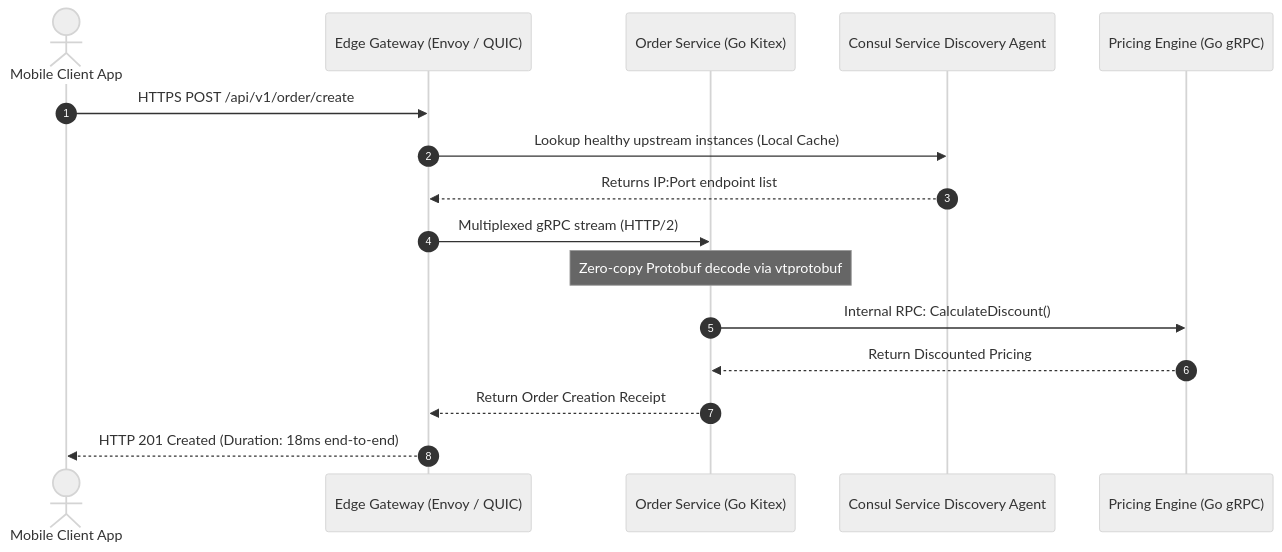
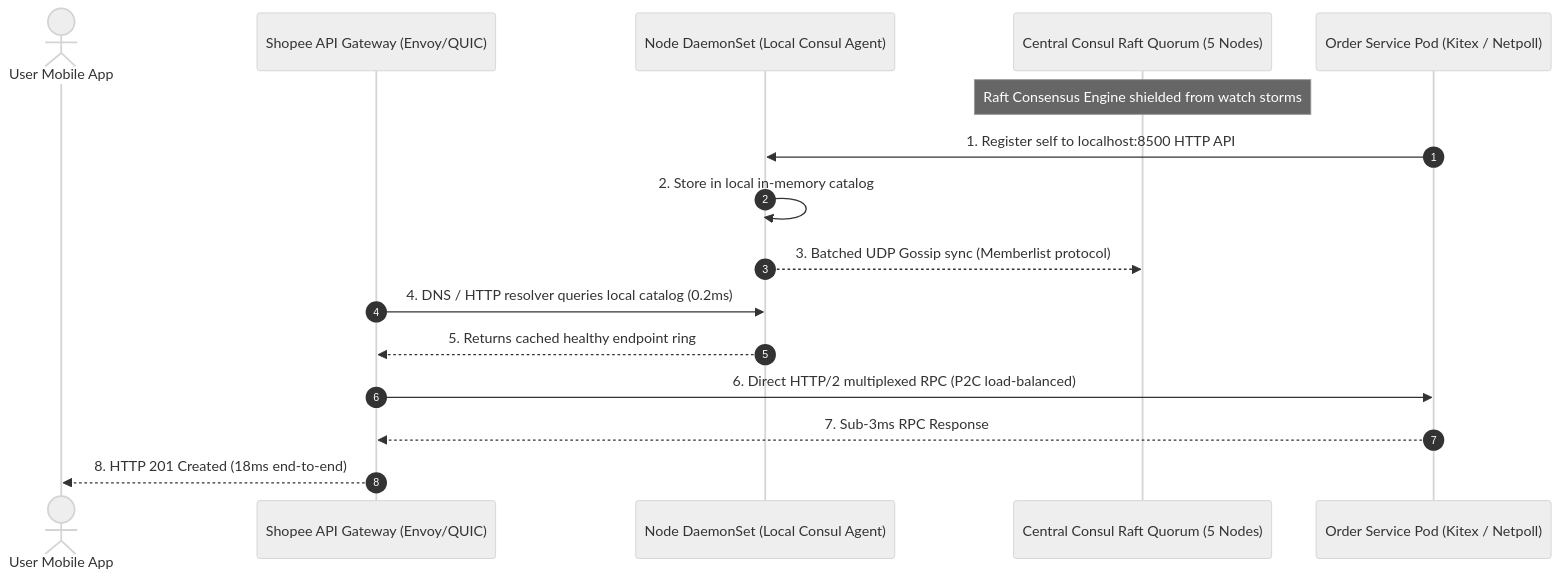
The third of 3 diagrams in content/series/shopee-architecture/01-microservices-foundation.md (vesviet/vesviet), drawn with Mermaid (neutral theme) before and after one commit. The commit also changed other lines of this file and 36 other files, not shown here.

Commit message:
feat(sprint-2): upgrade paypay and shopee architecture series to 2027 SOTA masterclass

````diff
--- a/content/series/shopee-architecture/01-microservices-foundation.md
+++ b/content/series/shopee-architecture/01-microservices-foundation.md
@@ -71,19 +341,19 @@
 ```mermaid
 sequenceDiagram
     autonumber
-    actor Client as Mobile Client App
-    participant Edge as Edge Gateway (Envoy / QUIC)
-    participant OrderSvc as Order Service (Go Kitex)
-    participant Disc as Consul Service Discovery Agent
-    participant PriceSvc as Pricing Engine (Go gRPC)
+    actor MobileClient as User Mobile App
+    participant EdgeGW as Shopee API Gateway (Envoy/QUIC)
+    participant LocalAgent as Node DaemonSet (Local Consul Agent)
+    participant CentralConsul as Central Consul Raft Quorum (5 Nodes)
+    participant OrderPod as Order Service Pod (Kitex / Netpoll)
 
-    Client->>Edge: HTTPS POST /api/v1/order/create
-    Edge->>Disc: Lookup healthy upstream instances (Local Cache)
-    Disc-->>Edge: Returns IP:Port endpoint list
-    Edge->>OrderSvc: Multiplexed gRPC stream (HTTP/2)
-    Note over OrderSvc: Zero-copy Protobuf decode via vtprotobuf
-    OrderSvc->>PriceSvc: Internal RPC: CalculateDiscount()
-    PriceSvc-->>OrderSvc: Return Discounted Pricing
-    OrderSvc-->>Edge: Return Order Creation Receipt
-    Edge-->>Client: HTTP 201 Created (Duration: 18ms end-to-end)
+    Note over CentralConsul: Raft Consensus Engine shielded from watch storms
+    OrderPod->>LocalAgent: 1. Register self to localhost:8500 HTTP API
+    LocalAgent->>LocalAgent: 2. Store in local in-memory catalog
+    LocalAgent-->>CentralConsul: 3. Batched UDP Gossip sync (Memberlist protocol)
+    EdgeGW->>LocalAgent: 4. DNS / HTTP resolver queries local catalog (0.2ms)
+    LocalAgent-->>EdgeGW: 5. Returns cached healthy endpoint ring
+    EdgeGW->>OrderPod: 6. Direct HTTP/2 multiplexed RPC (P2C load-balanced)
+    OrderPod-->>EdgeGW: 7. Sub-3ms RPC Response
+    EdgeGW-->>MobileClient: 8. HTTP 201 Created (18ms end-to-end)
 ```
````
